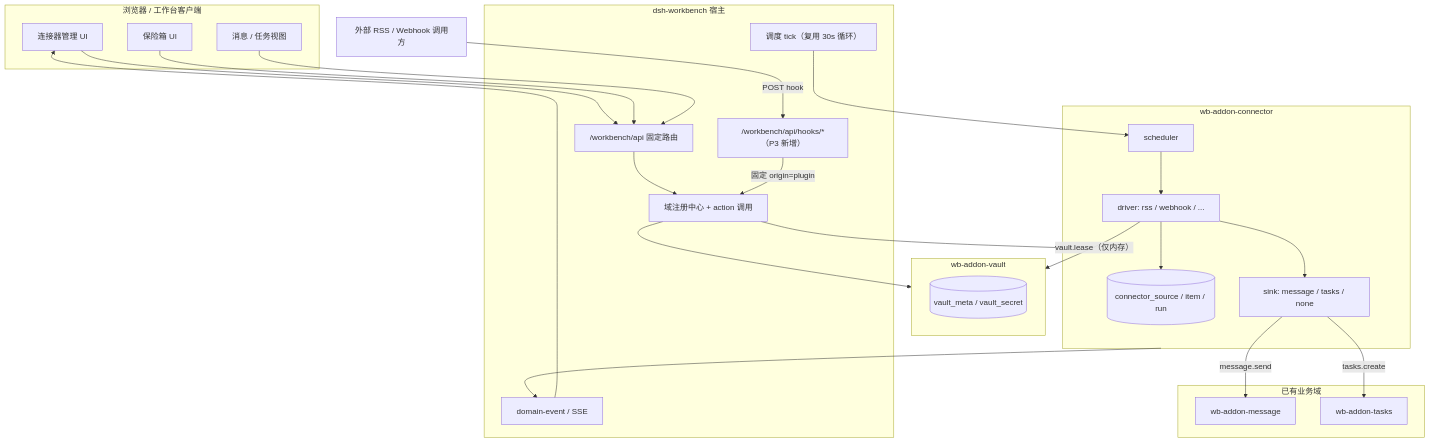
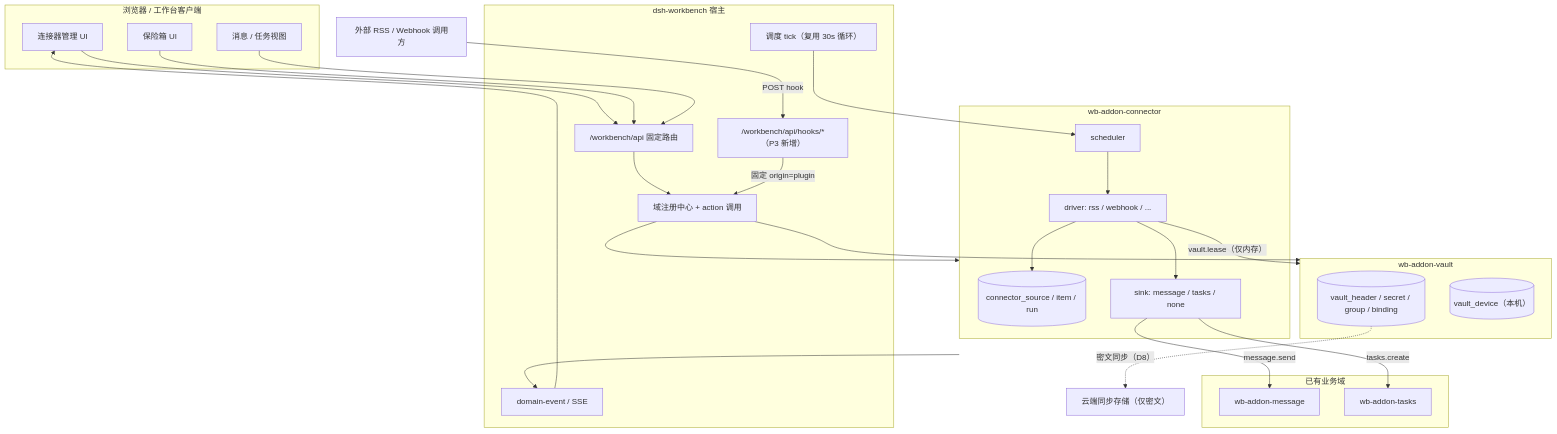
One commit to ityyq777/dsh-workbench-source changed the first of 2 diagrams in docs/specs/46-连接器与凭据保险箱方案.md. Above: the diagram before and after it, drawn with Mermaid. The commit also changed other lines of this file, not shown here.

````diff
--- a/docs/specs/46-连接器与凭据保险箱方案.md
+++ b/docs/specs/46-连接器与凭据保险箱方案.md
@@ -67,52 +74,55 @@
 ```mermaid
 flowchart TB
   subgraph Browser["浏览器 / 工作台客户端"]
     UI1["连接器管理 UI"]
     UI2["保险箱 UI"]
     UI3["消息 / 任务视图"]
   end
 
   subgraph Host["dsh-workbench 宿主"]
     API["/workbench/api 固定路由"]
     HOOK["/workbench/api/hooks/*（P3 新增）"]
     REG["域注册中心 + action 调用"]
     TICK["调度 tick（复用 30s 循环）"]
     EVT["domain-event / SSE"]
   end
 
   subgraph Vault["wb-addon-vault"]
-    VDB[("vault_meta / vault_secret")]
+    VDB[("vault_header / secret / group / binding")]
+    VDEV[("vault_device（本机）")]
   end
 
   subgraph Conn["wb-addon-connector"]
     CDB[("connector_source / item / run")]
     SCH["scheduler"]
     DRV["driver: rss / webhook / ..."]
     MAP["sink: message / tasks / none"]
   end
 
   subgraph Biz["已有业务域"]
     MSG["wb-addon-message"]
     TASK["wb-addon-tasks"]
   end
 
   EXT["外部 RSS / Webhook 调用方"]
+  CLOUD["云端同步存储（仅密文）"]
 
   UI1 --> API
   UI2 --> API
   UI3 --> API
   API --> REG
   REG --> Vault
   REG --> Conn
   TICK --> SCH
   SCH --> DRV
   DRV -->|"vault.lease（仅内存）"| Vault
   DRV --> CDB
   DRV --> MAP
   MAP -->|"message.send"| MSG
   MAP -->|"tasks.create"| TASK
   EXT -->|"POST hook"| HOOK
   HOOK -->|"固定 origin=plugin"| REG
   Conn --> EVT
   EVT --> UI1
+  VDB -.->|"密文同步（D8）"| CLOUD
 ```
````
